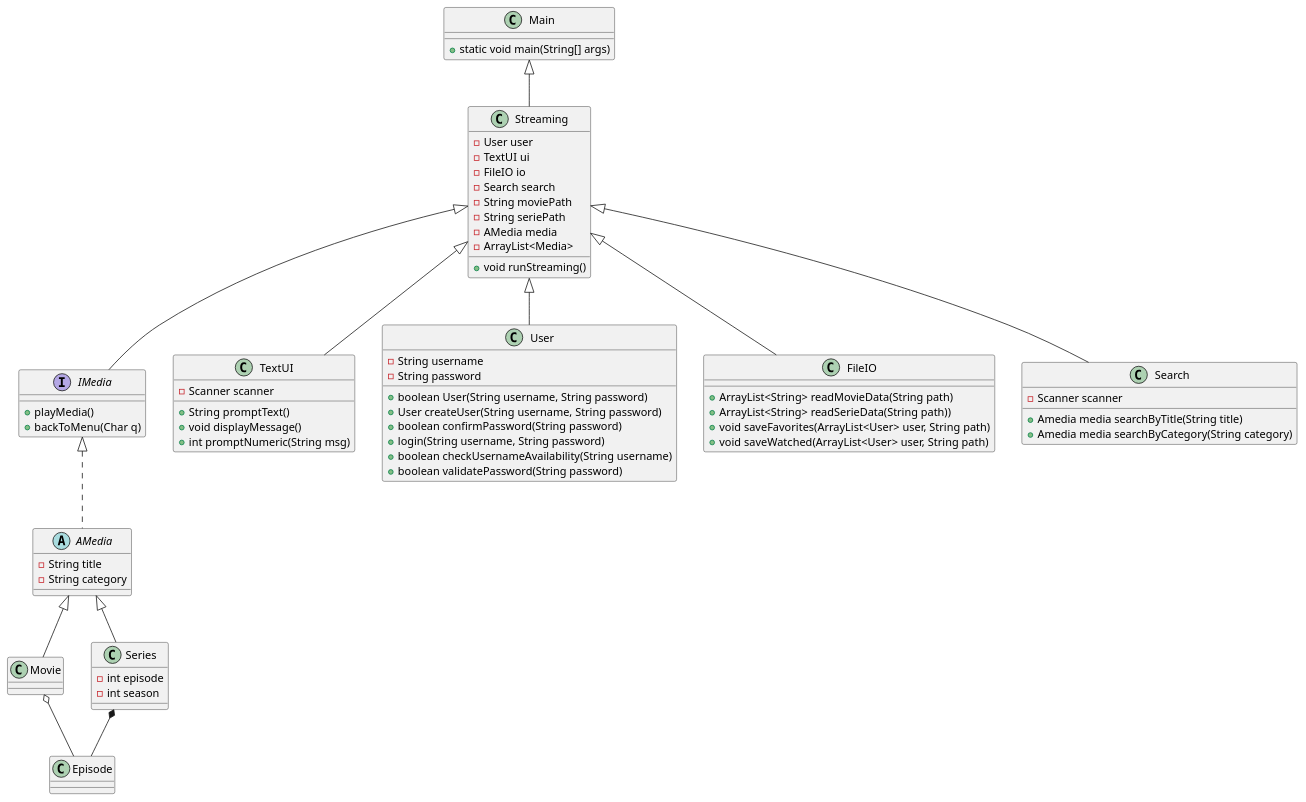
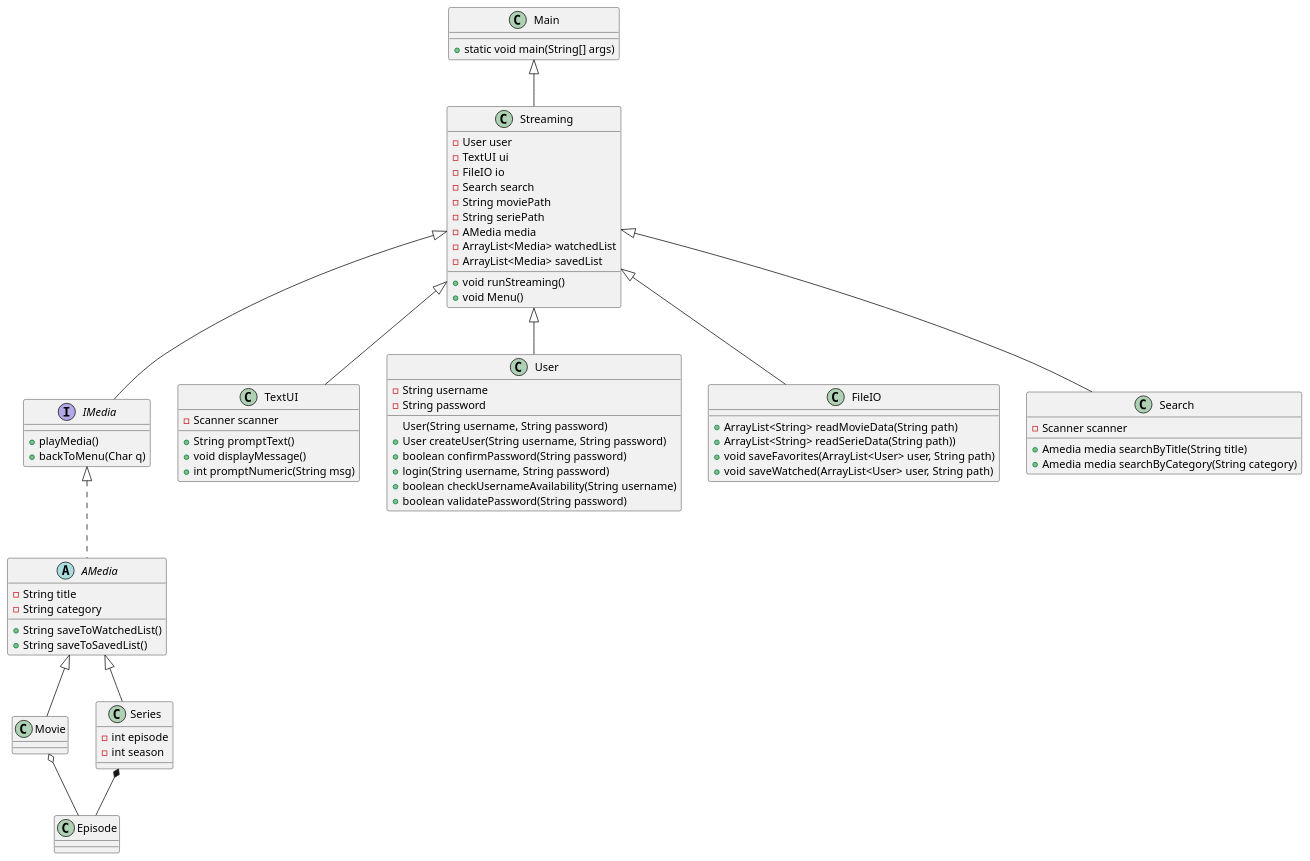
The diagram in Doc/Static/ClassDiagram.puml (mrPrimeBeef/Sem1-Project-MovieStream), drawn with PlantUML before and after one commit.

Commit message:
Update on start

```diff
--- a/Doc/Static/ClassDiagram.puml
+++ b/Doc/Static/ClassDiagram.puml
@@ -1,89 +1,93 @@
 @startuml
 
 class Main {
 + static void main(String[] args)
 }
 
 interface IMedia {
 + playMedia()
 + backToMenu(Char q)
 '+ pauseMedia()
 }
 
 abstract AMedia {
 - String title
 - String category
++ String saveToWatchedList()
++ String saveToSavedList()
 }
 
 class Movie {
 
 }
 
 
 class Series {
 - int episode
 - int season
 }
 
 class TextUI {
 - Scanner scanner
 + String promptText()
 + void displayMessage()
 + int promptNumeric(String msg)
 }
 
 class User {
 - String username
 - String password
-+ boolean User(String username, String password)
+User(String username, String password)
 'Methods
 + User createUser(String username, String password)
 + boolean confirmPassword(String password)
 + login(String username, String password)
 + boolean checkUsernameAvailability(String username)
 + boolean validatePassword(String password)
 }
 
 class Streaming {
 - User user
 - TextUI ui
 - FileIO io
 - Search search
 - String moviePath
 - String seriePath
 - AMedia media
-- ArrayList<Media>
+- ArrayList<Media> watchedList
+- ArrayList<Media> savedList
 + void runStreaming()
++ void Menu()
 }
 
 
 
 class FileIO {
 + ArrayList<String> readMovieData(String path)
 + ArrayList<String> readSerieData(String path))
 + void saveFavorites(ArrayList<User> user, String path)
 + void saveWatched(ArrayList<User> user, String path)
 }
 
 class Search {
 - Scanner scanner
 + Amedia media searchByTitle(String title)
 + Amedia media searchByCategory(String category)
 }
 class Episode{
 
 }
 
 Main <|-- Streaming
 Streaming <|-- IMedia
 Streaming <|-- User
 Streaming <|-- Search
 Streaming <|-- TextUI
 IMedia <|.. AMedia
 Streaming <|-- FileIO
 AMedia <|-- Movie
 AMedia  <|-- Series
 Series *-- Episode
 Movie o-- Episode
 
 @enduml
```
